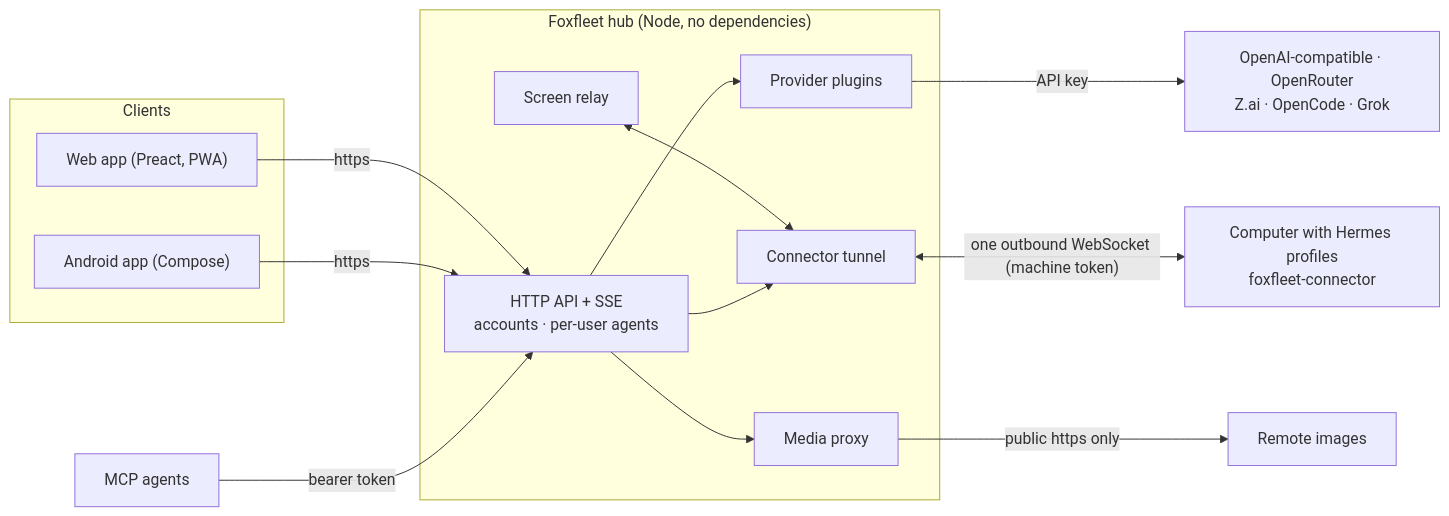
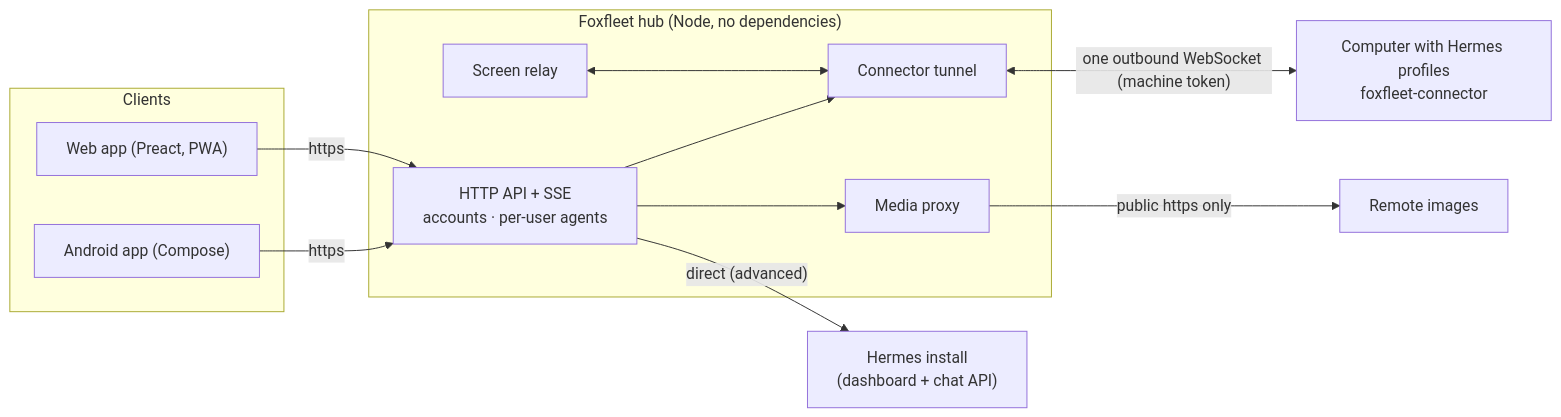
The diagram in README.md (TinkerDoge/FoxFleet), drawn with Mermaid before and after one commit. The commit also changed other lines of this file and 31 other files, not shown here.

First line of the commit message:
[hermes-only] docs: Hermes-only README, architecture, site and changelog

````diff
--- a/README.md
+++ b/README.md
@@ -146,23 +140,20 @@
 ```mermaid
 flowchart LR
   subgraph Clients
     W["Web app (Preact, PWA)"]
     A["Android app (Compose)"]
   end
   subgraph Hub["Foxfleet hub (Node, no dependencies)"]
     API["HTTP API + SSE\naccounts · per-user agents"]
-    P["Provider plugins"]
     C["Connector tunnel"]
     S["Screen relay"]
     M["Media proxy"]
   end
   W -- https --> API
   A -- https --> API
-  API --> P
-  P -- API key --> LLM["OpenAI-compatible · OpenRouter\nZ.ai · OpenCode · Grok"]
+  API -- "direct (advanced)" --> D["Hermes install\n(dashboard + chat API)"]
   C <-- "one outbound WebSocket (machine token)" --> H["Computer with Hermes profiles\nfoxfleet-connector"]
   S <--> C
   API --> C
   API --> M -- "public https only" --> IMG["Remote images"]
-  MCP["MCP agents"] -- "bearer token" --> API
 ```
````
